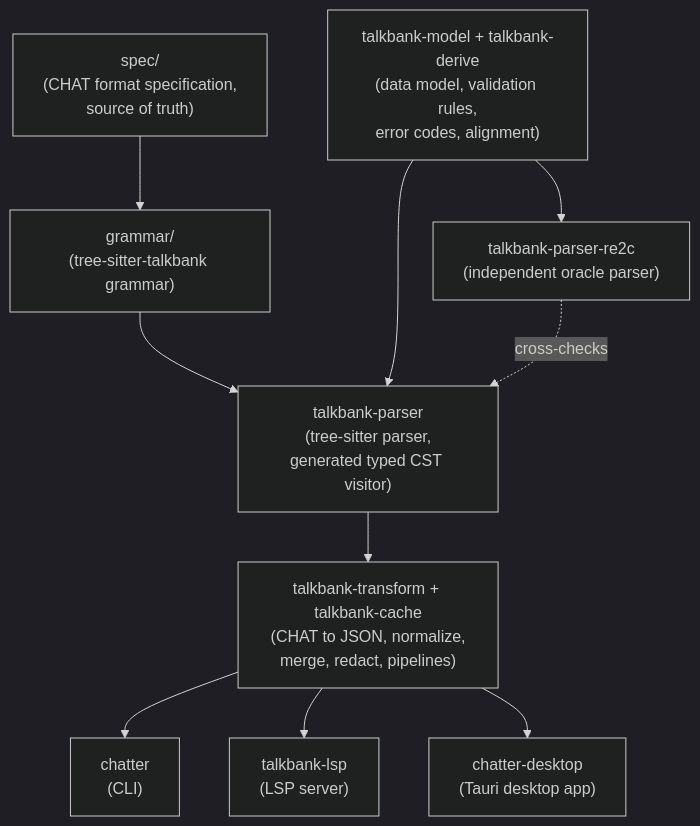
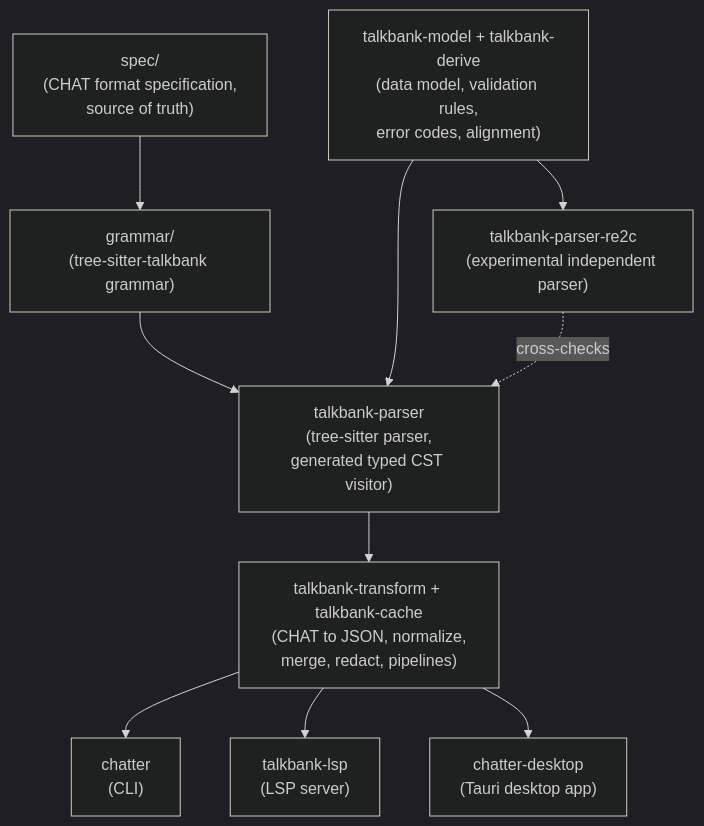
One commit to TalkBank/chatter changed the diagram in README.md. Above: the diagram before and after it, drawn with Mermaid (dark theme). The commit also changed other lines of this file and 950 other files, not shown here.

````diff
--- a/README.md
+++ b/README.md
@@ -162,22 +176,22 @@
 ```mermaid
 flowchart TD
     spec["spec/\n(CHAT format specification,\nsource of truth)"]
     grammar["grammar/\n(tree-sitter-talkbank grammar)"]
     parser["talkbank-parser\n(tree-sitter parser,\ngenerated typed CST visitor)"]
-    re2c["talkbank-parser-re2c\n(independent oracle parser)"]
+    re2c["talkbank-parser-re2c\n(experimental independent parser)"]
     model["talkbank-model + talkbank-derive\n(data model, validation rules,\nerror codes, alignment)"]
     transform["talkbank-transform + talkbank-cache\n(CHAT to JSON, normalize,\nmerge, redact, pipelines)"]
     cli["chatter\n(CLI)"]
     lsp["talkbank-lsp\n(LSP server)"]
     desktop["chatter-desktop\n(Tauri desktop app)"]
 
     spec --> grammar
     grammar --> parser
     model --> parser
     model --> re2c
     parser --> transform
     re2c -. "cross-checks" .-> parser
     transform --> cli
     transform --> lsp
     transform --> desktop
 ```
````
